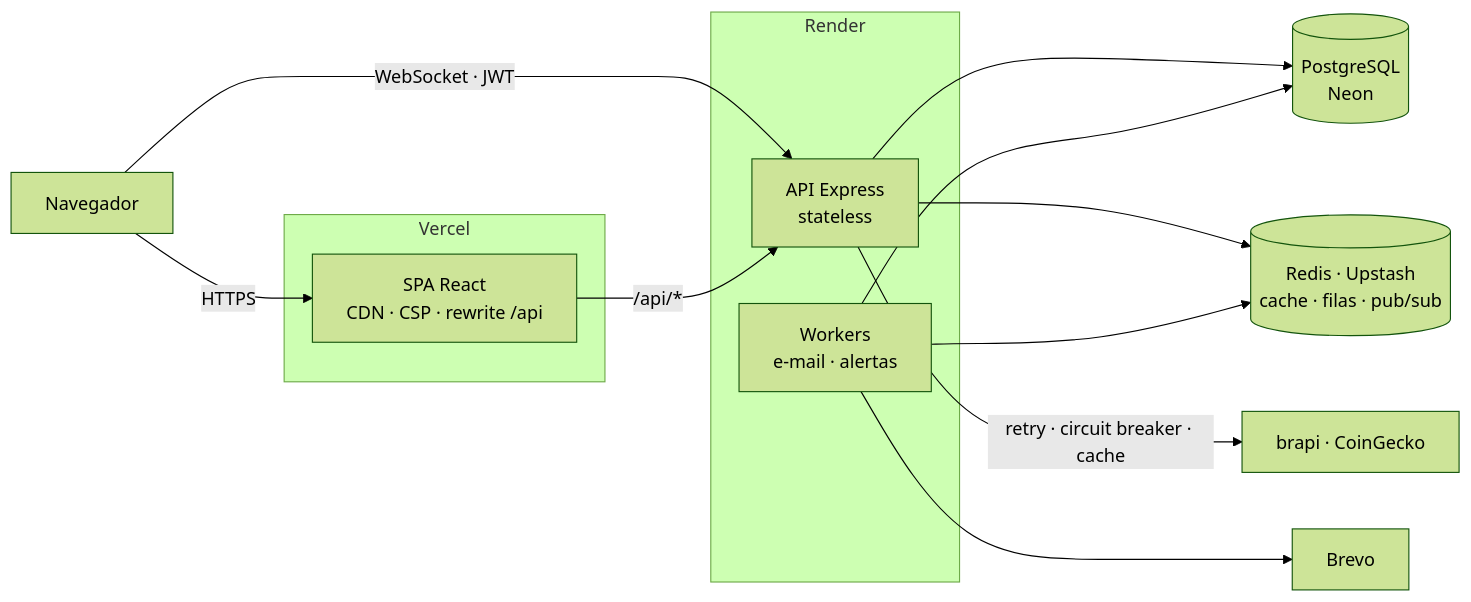
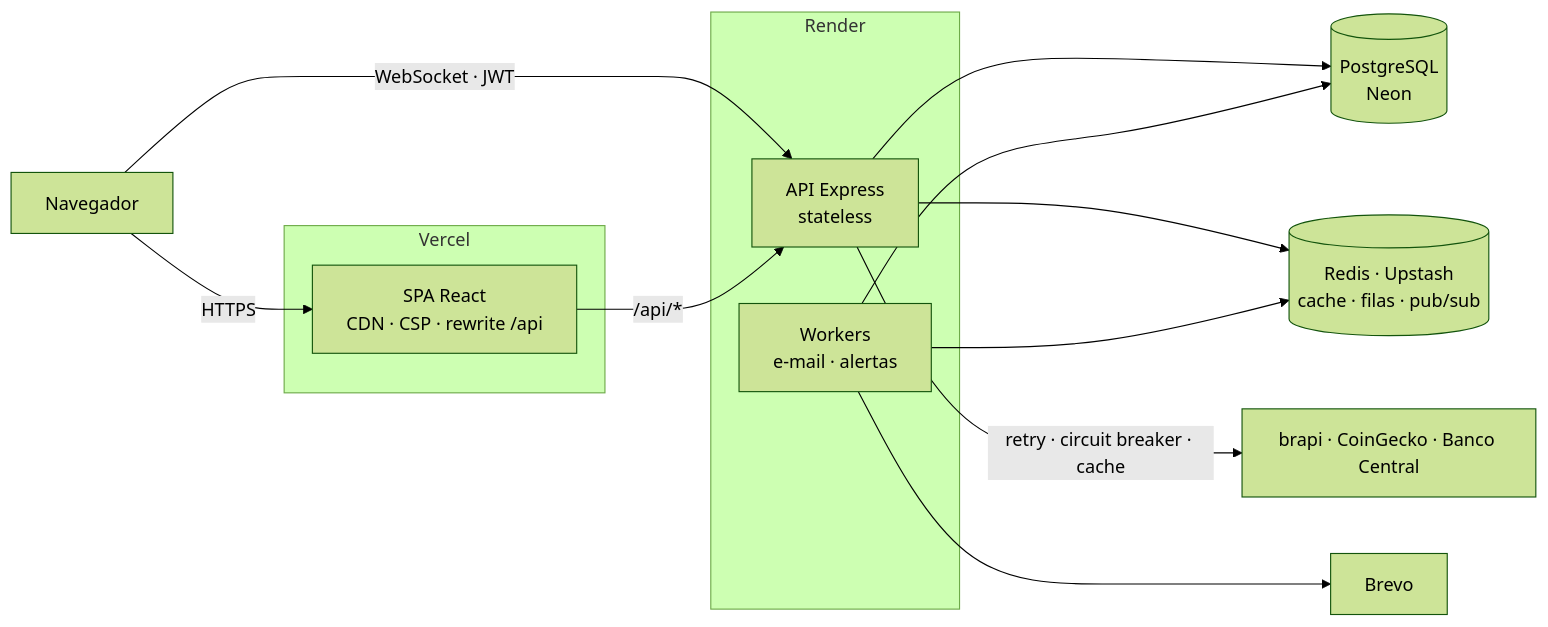
One commit to agnaldoteixeira338-code/turbo-mais changed the diagram in README.md. Above: the diagram before and after it, drawn with Mermaid (forest theme). The commit also changed other lines of this file and 39 other files, not shown here.

First line of the commit message:
feat: simulador de investimentos com taxas do Banco Central (#37)

````diff
--- a/README.md
+++ b/README.md
@@ -80,19 +85,19 @@
 ```mermaid
 flowchart LR
   subgraph Vercel
     N[SPA React<br/>CDN · CSP · rewrite /api]
   end
   subgraph Render
     API[API Express<br/>stateless]
     W[Workers<br/>e-mail · alertas]
   end
   U[Navegador] -- HTTPS --> N
   U -- WebSocket · JWT --> API
   N -- /api/* --> API
   API --> PG[(PostgreSQL<br/>Neon)]
   API --> R[(Redis · Upstash<br/>cache · filas · pub/sub)]
   W --> R
   W --> PG
   W --> MAIL[Brevo]
-  API -- retry · circuit breaker · cache --> EXT[brapi · CoinGecko]
+  API -- retry · circuit breaker · cache --> EXT[brapi · CoinGecko · Banco Central]
 ```
````
